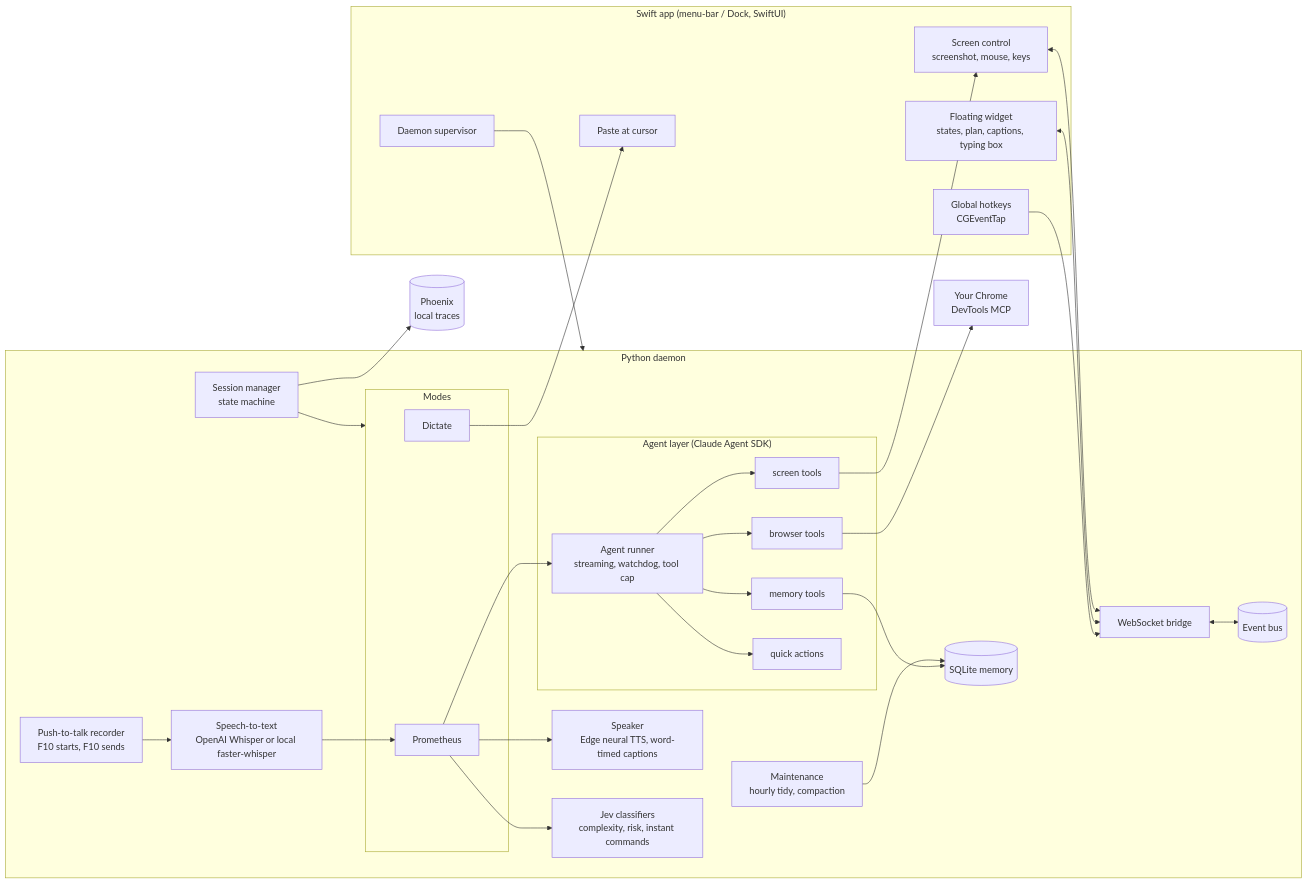
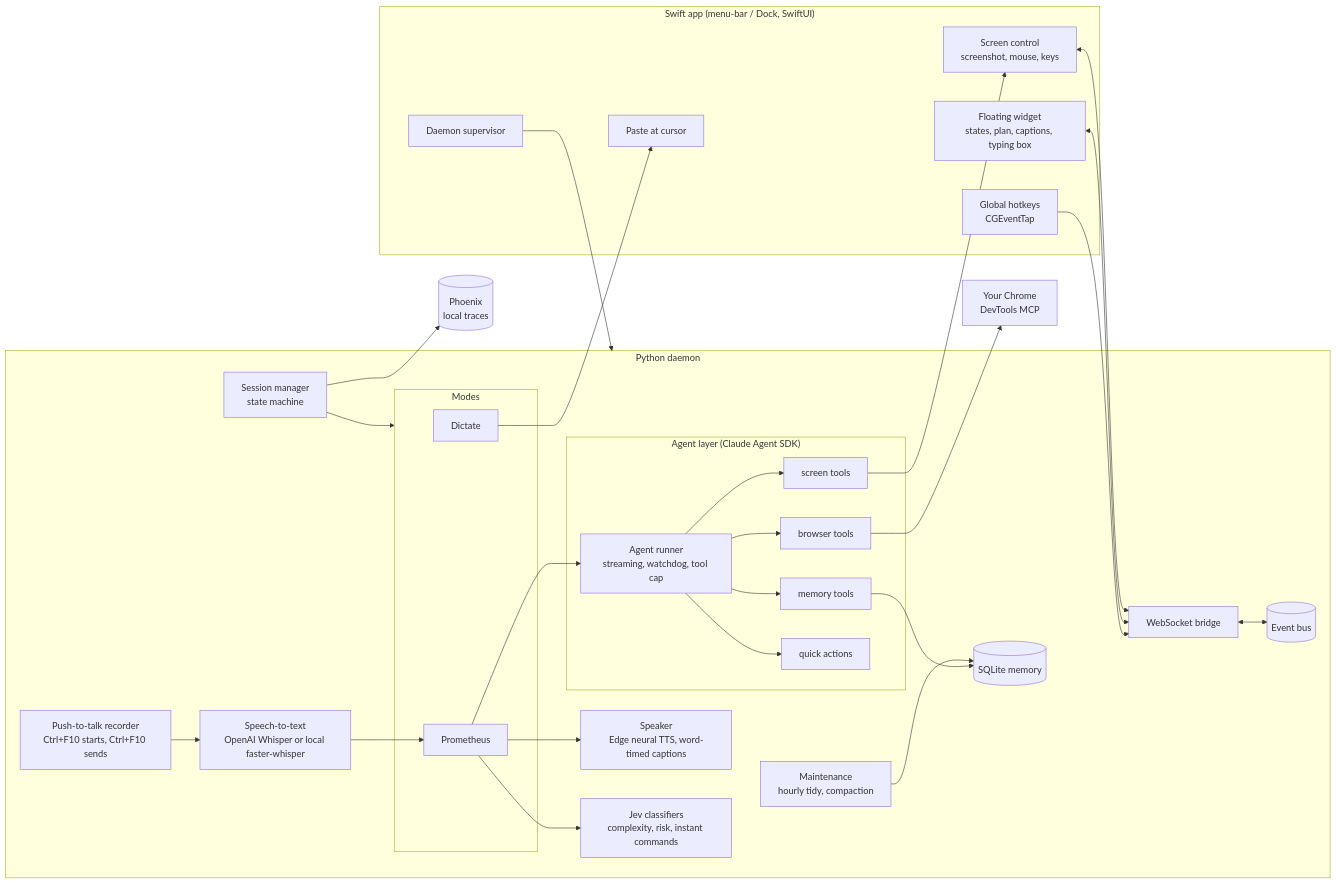
Before and after one commit to siddh30/prometheus-voice-control: the first of 2 diagrams in README.md, drawn with Mermaid. The commit also changed other lines of this file and 21 other files, not shown here.

````diff
--- a/README.md
+++ b/README.md
@@ -57,54 +57,54 @@
 ```mermaid
 flowchart LR
     subgraph App["Swift app (menu-bar / Dock, SwiftUI)"]
         HK[Global hotkeys<br/>CGEventTap]
         UI[Floating widget<br/>states, plan, captions, typing box]
         SC[Screen control<br/>screenshot, mouse, keys]
         PASTE[Paste at cursor]
         SUP[Daemon supervisor]
     end
 
     subgraph Daemon["Python daemon"]
         BUS[(Event bus)]
         WS[WebSocket bridge]
         SM[Session manager<br/>state machine]
-        REC[Push-to-talk recorder<br/>F10 starts, F10 sends]
+        REC[Push-to-talk recorder<br/>Ctrl+F10 starts, Ctrl+F10 sends]
         STT[Speech-to-text<br/>OpenAI Whisper or local faster-whisper]
         TTS[Speaker<br/>Edge neural TTS, word-timed captions]
         subgraph Modes
             DICT[Dictate]
             PROM[Prometheus]
         end
         subgraph AgentLayer["Agent layer (Claude Agent SDK)"]
             RUN[Agent runner<br/>streaming, watchdog, tool cap]
             BT[browser tools]
             ST[screen tools]
             MT[memory tools]
             AT[quick actions]
         end
         MEM[(SQLite memory)]
         MAINT[Maintenance<br/>hourly tidy, compaction]
         JEV[Jev classifiers<br/>complexity, risk, instant commands]
     end
 
     CH[Your Chrome<br/>DevTools MCP]
     PH[(Phoenix<br/>local traces)]
 
     HK --> WS
     WS <--> BUS
     UI <--> WS
     SC <--> WS
     SUP --> Daemon
     SM --> Modes
     REC --> STT --> PROM
     PROM --> JEV
     PROM --> RUN
     RUN --> BT --> CH
     RUN --> ST --> SC
     RUN --> MT --> MEM
     RUN --> AT
     PROM --> TTS
     DICT --> PASTE
     MAINT --> MEM
     SM --> PH
 ```
````
